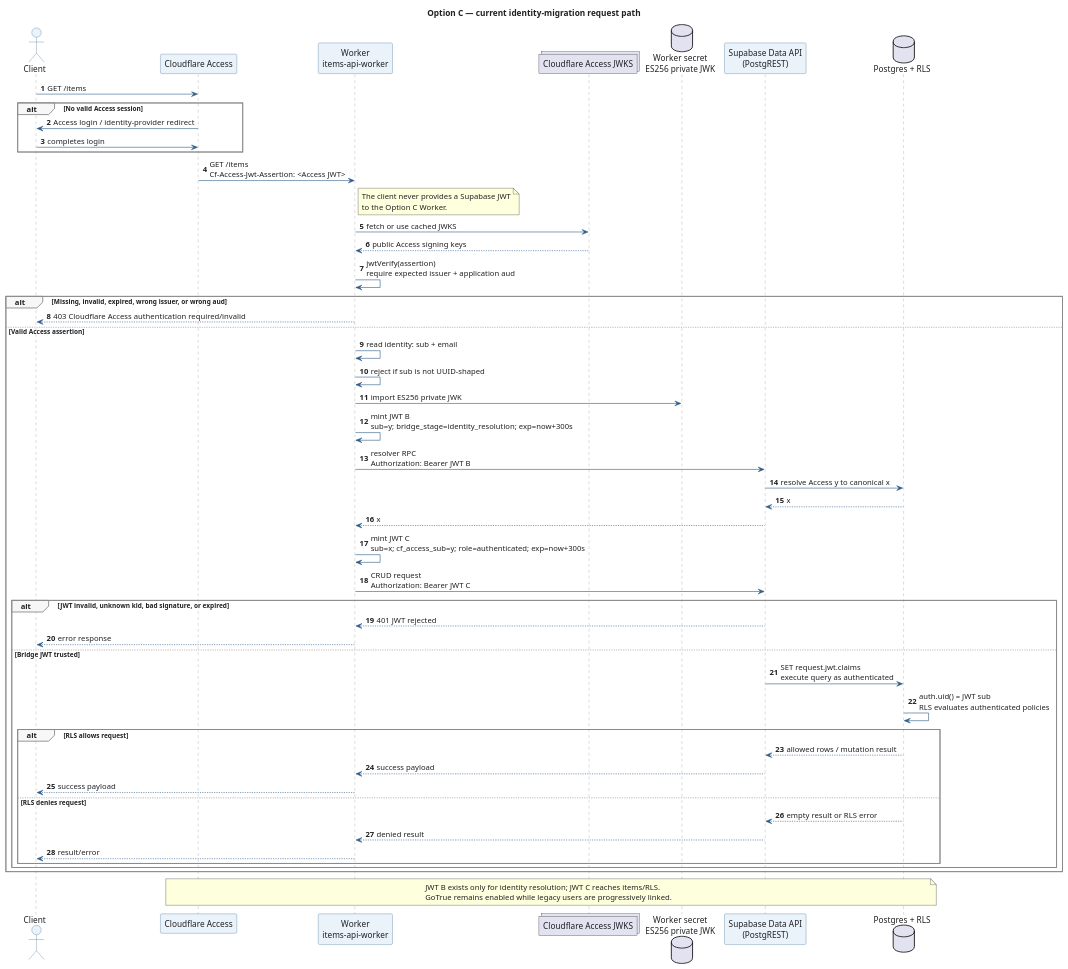
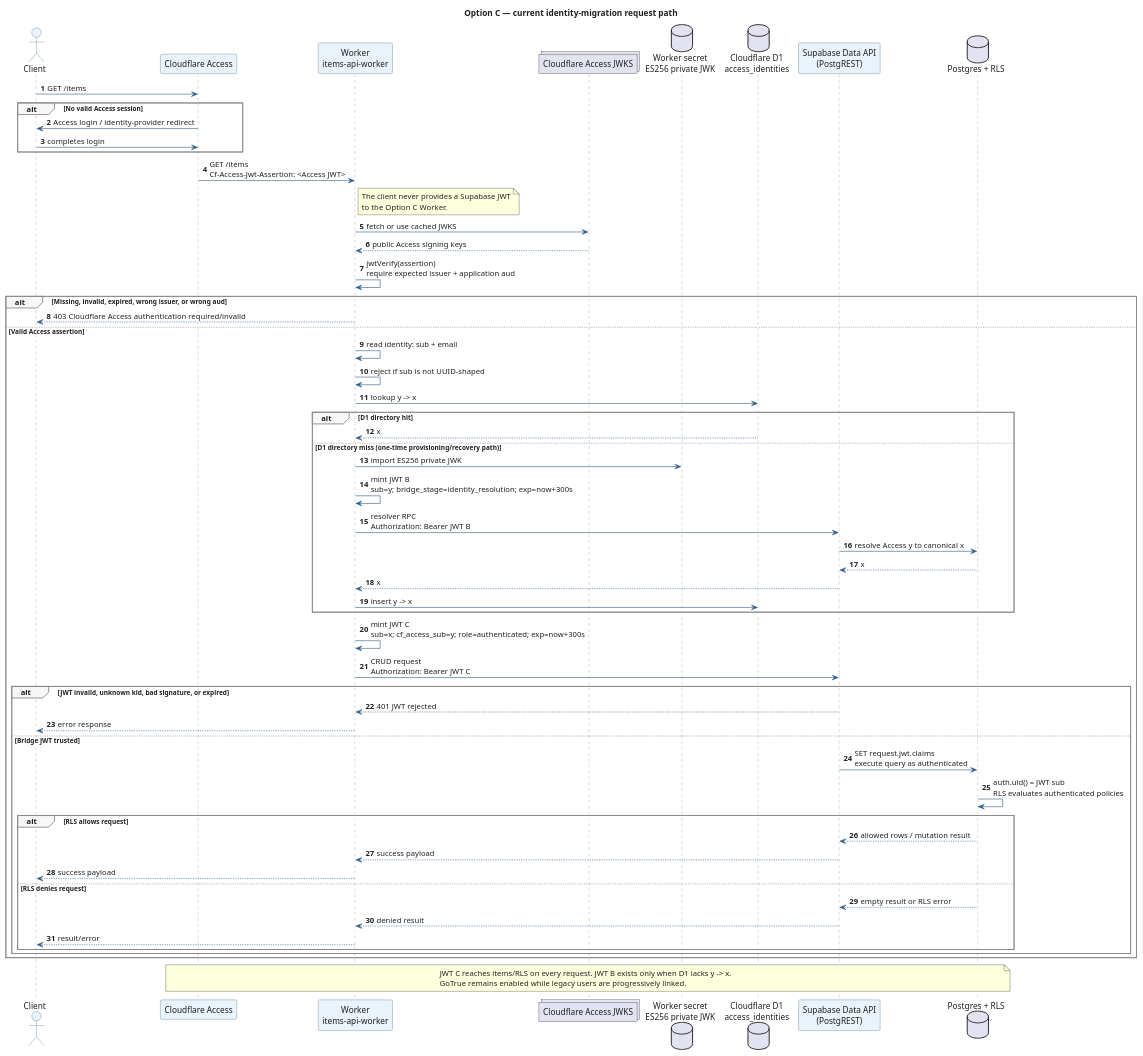
The diagram in docs/diagrams/option-c-auth-sequence.puml (yuyutsuk/supa), drawn with PlantUML before and after one commit. The commit also changed 12 other files, not shown here.

Commit message:
feat: add D1 identity directory for Access auth

```diff
--- a/docs/diagrams/option-c-auth-sequence.puml
+++ b/docs/diagrams/option-c-auth-sequence.puml
@@ -1,84 +1,91 @@
 @startuml
 title Option C — current identity-migration request path
 autonumber
 
 skinparam backgroundColor #FFFFFF
 skinparam defaultFontColor #202124
 skinparam sequence {
   ArrowColor #2F5D8A
   LifeLineBorderColor #8A8A8A
   LifeLineBackgroundColor #FFFFFF
   ParticipantBorderColor #2F5D8A
   ParticipantBackgroundColor #EAF2FA
   ParticipantFontColor #202124
   ActorBorderColor #2F5D8A
   ActorBackgroundColor #EAF2FA
   ActorFontColor #202124
   GroupBorderColor #8A8A8A
   GroupBackgroundColor #F7F7F7
   GroupFontColor #202124
 }
 
 actor Client
 participant "Cloudflare Access" as Access
 participant "Worker\nitems-api-worker" as Worker
 collections "Cloudflare Access JWKS" as AccessJWKS
 database "Worker secret\nES256 private JWK" as WorkerKey
+database "Cloudflare D1\naccess_identities" as D1
 participant "Supabase Data API\n(PostgREST)" as DataAPI
 database "Postgres + RLS" as DB
 
 Client -> Access: GET /items
 
 alt No valid Access session
   Access -> Client: Access login / identity-provider redirect
   Client -> Access: completes login
 end
 
 Access -> Worker: GET /items\nCf-Access-Jwt-Assertion: <Access JWT>
 note right of Worker
 The client never provides a Supabase JWT
 to the Option C Worker.
 end note
 
 Worker -> AccessJWKS: fetch or use cached JWKS
 AccessJWKS --> Worker: public Access signing keys
 Worker -> Worker: jwtVerify(assertion)\nrequire expected issuer + application aud
 
 alt Missing, invalid, expired, wrong issuer, or wrong aud
   Worker --> Client: 403 Cloudflare Access authentication required/invalid
 else Valid Access assertion
   Worker -> Worker: read identity: sub + email
   Worker -> Worker: reject if sub is not UUID-shaped
-  Worker -> WorkerKey: import ES256 private JWK
-  Worker -> Worker: mint JWT B\nsub=y; bridge_stage=identity_resolution; exp=now+300s
-  Worker -> DataAPI: resolver RPC\nAuthorization: Bearer JWT B
-  DataAPI -> DB: resolve Access y to canonical x
-  DB --> DataAPI: x
-  DataAPI --> Worker: x
+  Worker -> D1: lookup y -> x
+  alt D1 directory hit
+    D1 --> Worker: x
+  else D1 directory miss (one-time provisioning/recovery path)
+    Worker -> WorkerKey: import ES256 private JWK
+    Worker -> Worker: mint JWT B\nsub=y; bridge_stage=identity_resolution; exp=now+300s
+    Worker -> DataAPI: resolver RPC\nAuthorization: Bearer JWT B
+    DataAPI -> DB: resolve Access y to canonical x
+    DB --> DataAPI: x
+    DataAPI --> Worker: x
+    Worker -> D1: insert y -> x
+  end
   Worker -> Worker: mint JWT C\nsub=x; cf_access_sub=y; role=authenticated; exp=now+300s
   Worker -> DataAPI: CRUD request\nAuthorization: Bearer JWT C
 
   alt JWT invalid, unknown kid, bad signature, or expired
     DataAPI --> Worker: 401 JWT rejected
     Worker --> Client: error response
   else Bridge JWT trusted
     DataAPI -> DB: SET request.jwt.claims\nexecute query as authenticated
     DB -> DB: auth.uid() = JWT sub\nRLS evaluates authenticated policies
 
     alt RLS allows request
       DB --> DataAPI: allowed rows / mutation result
       DataAPI --> Worker: success payload
       Worker --> Client: success payload
     else RLS denies request
       DB --> DataAPI: empty result or RLS error
       DataAPI --> Worker: denied result
       Worker --> Client: result/error
     end
   end
 end
 
 note over Access,DB
-JWT B exists only for identity resolution; JWT C reaches items/RLS.
+JWT C reaches items/RLS on every request. JWT B exists only when D1 lacks y -> x.
 GoTrue remains enabled while legacy users are progressively linked.
 end note
 @enduml
```
